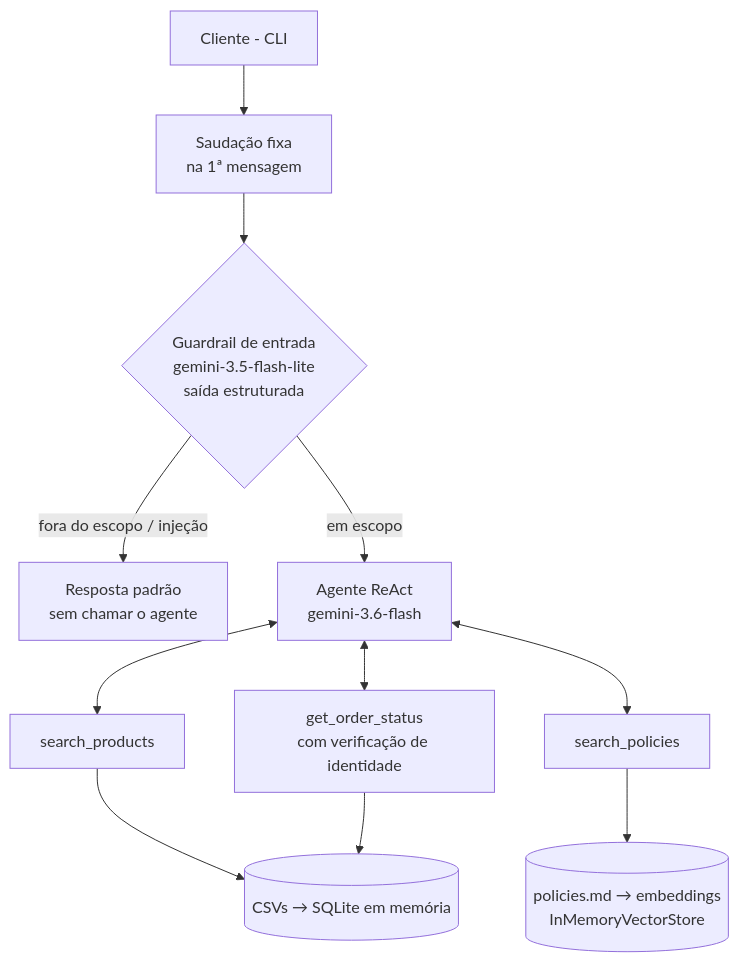
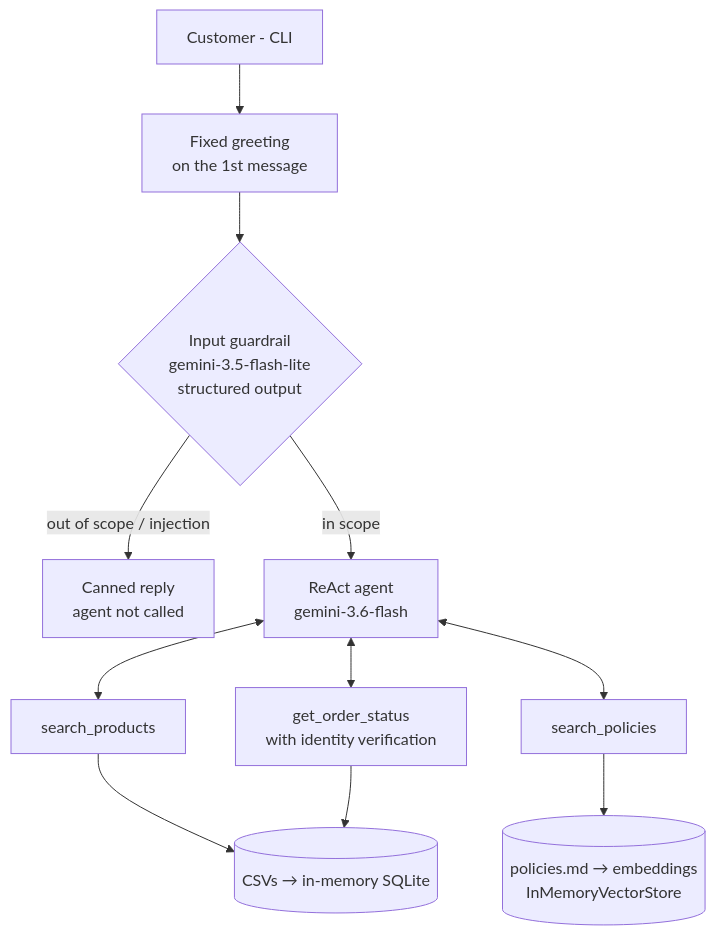
Before and after one commit to ThiagoRe4l/ai-eng-artfact: the diagram in README.md, drawn with Mermaid. The commit also changed other lines of this file and 1 other file, not shown here.

````diff
--- a/README.md
+++ b/README.md
@@ -58,13 +62,13 @@
 ```mermaid
 flowchart TD
-    C[Cliente - CLI] --> S[Saudação fixa<br/>na 1ª mensagem]
-    S --> G{Guardrail de entrada<br/>gemini-3.5-flash-lite<br/>saída estruturada}
-    G -- fora do escopo / injeção --> B[Resposta padrão<br/>sem chamar o agente]
-    G -- em escopo --> A[Agente ReAct<br/>gemini-3.6-flash]
+    C[Customer - CLI] --> S[Fixed greeting<br/>on the 1st message]
+    S --> G{Input guardrail<br/>gemini-3.5-flash-lite<br/>structured output}
+    G -- out of scope / injection --> B[Canned reply<br/>agent not called]
+    G -- in scope --> A[ReAct agent<br/>gemini-3.6-flash]
     A <--> P[search_products]
-    A <--> O[get_order_status<br/>com verificação de identidade]
+    A <--> O[get_order_status<br/>with identity verification]
     A <--> R[search_policies]
-    P --> DB[(CSVs → SQLite em memória)]
+    P --> DB[(CSVs → in-memory SQLite)]
     O --> DB
     R --> VS[(policies.md → embeddings<br/>InMemoryVectorStore)]
 ```
````
